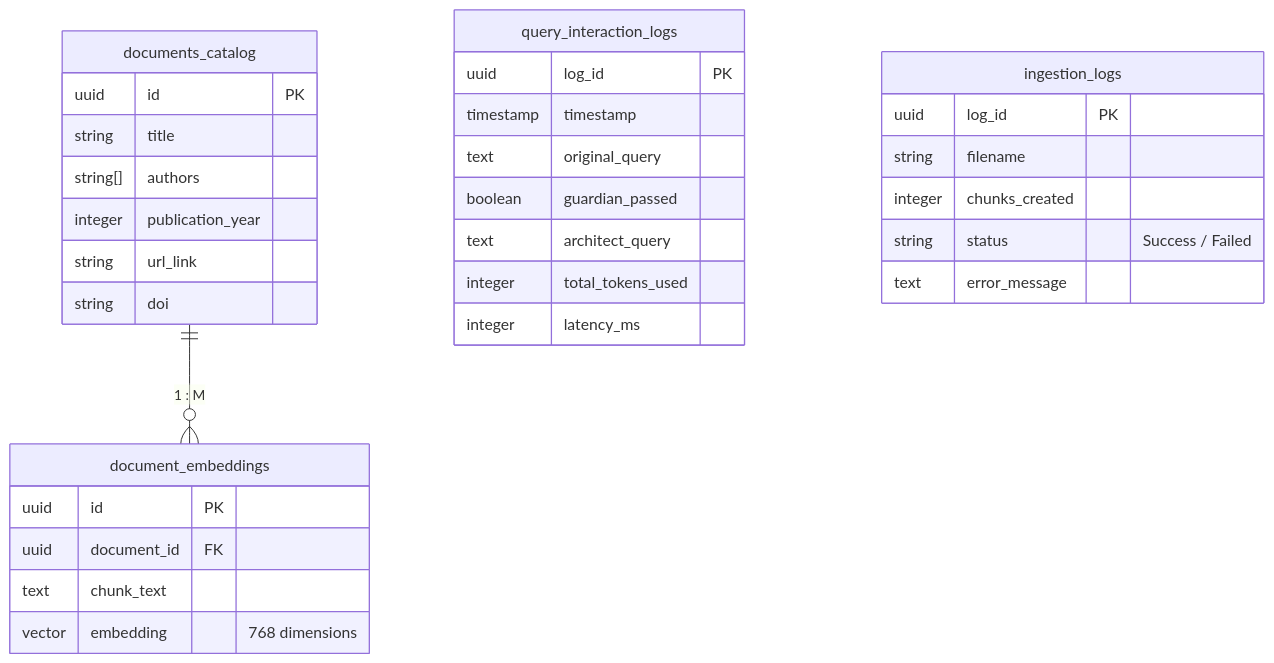
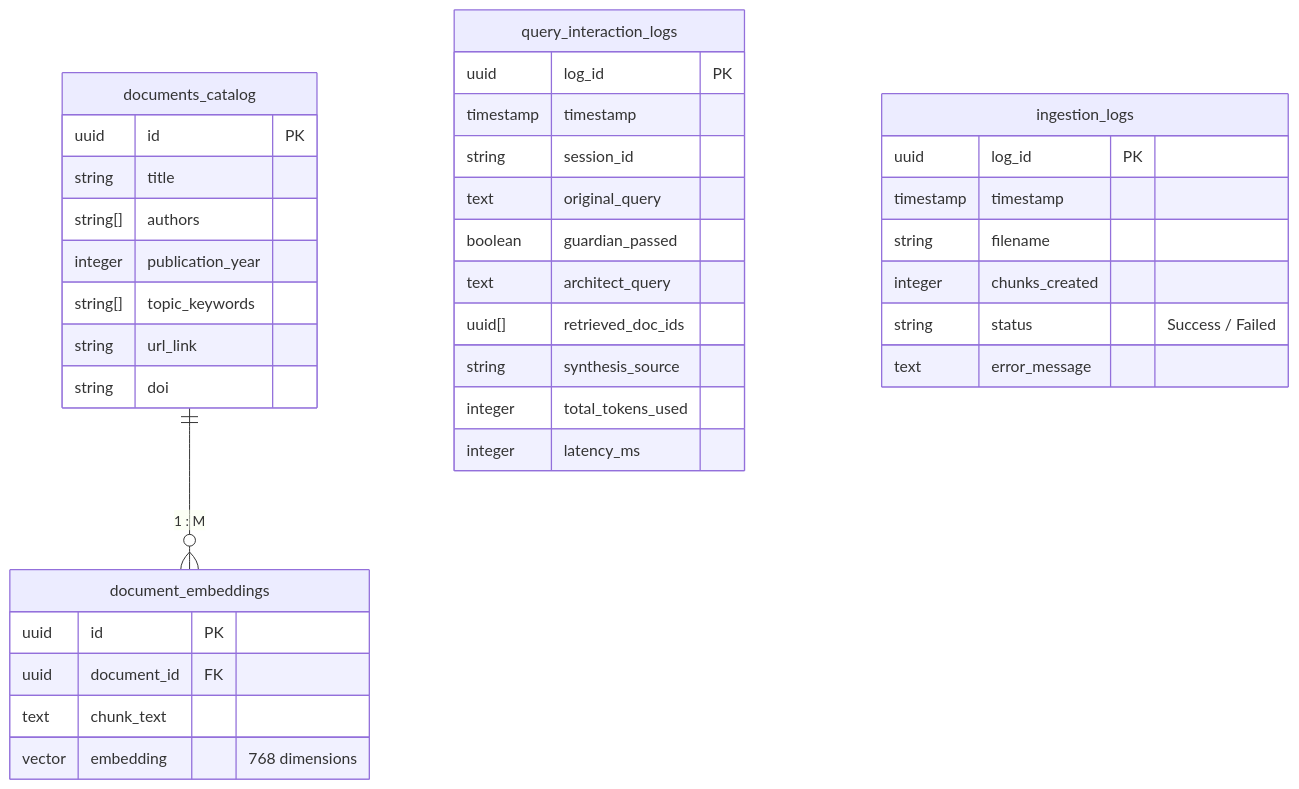
One commit to BongweKE/acAIcia changed the diagram in docs/database_schema.md. Above: the diagram before and after it, drawn with Mermaid. The commit also changed 11 other files, not shown here.

````diff
--- a/docs/database_schema.md
+++ b/docs/database_schema.md
@@ -11,36 +11,41 @@
 ```mermaid
 erDiagram
     documents_catalog ||--o{ document_embeddings : "1 : M"
     documents_catalog {
         uuid id PK
         string title
         string[] authors
         integer publication_year
+        string[] topic_keywords
         string url_link
         string doi
     }
     document_embeddings {
         uuid id PK
         uuid document_id FK
         text chunk_text
         vector embedding "768 dimensions"
     }
 
     query_interaction_logs {
         uuid log_id PK
         timestamp timestamp
+        string session_id
         text original_query
         boolean guardian_passed
         text architect_query
+        uuid[] retrieved_doc_ids
+        string synthesis_source
         integer total_tokens_used
         integer latency_ms
     }
 
     ingestion_logs {
         uuid log_id PK
+        timestamp timestamp
         string filename
         integer chunks_created
         string status "Success / Failed"
         text error_message
     }
 ```
````
